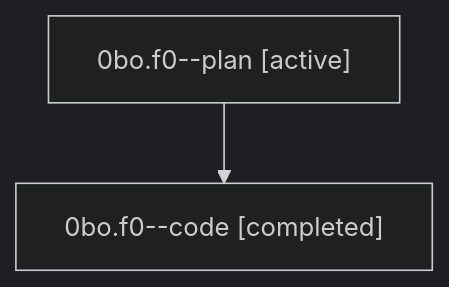
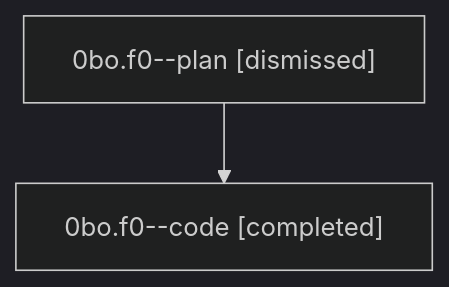
The diagram in sessions/bbugyi200.athena.0bo.f0.md (sase-org/sase--agents), drawn with Mermaid (dark theme) before and after one commit. The commit also changed other lines of this file and 33 other files, not shown here.

````diff
--- a/sessions/bbugyi200.athena.0bo.f0.md
+++ b/sessions/bbugyi200.athena.0bo.f0.md
@@ -9,6 +9,6 @@
 ```mermaid
 flowchart TD
-  n0["0bo.f0--plan [active]"]
+  n0["0bo.f0--plan [dismissed]"]
   n1["0bo.f0--code [completed]"]
   n0 --> n1
 ```
````
